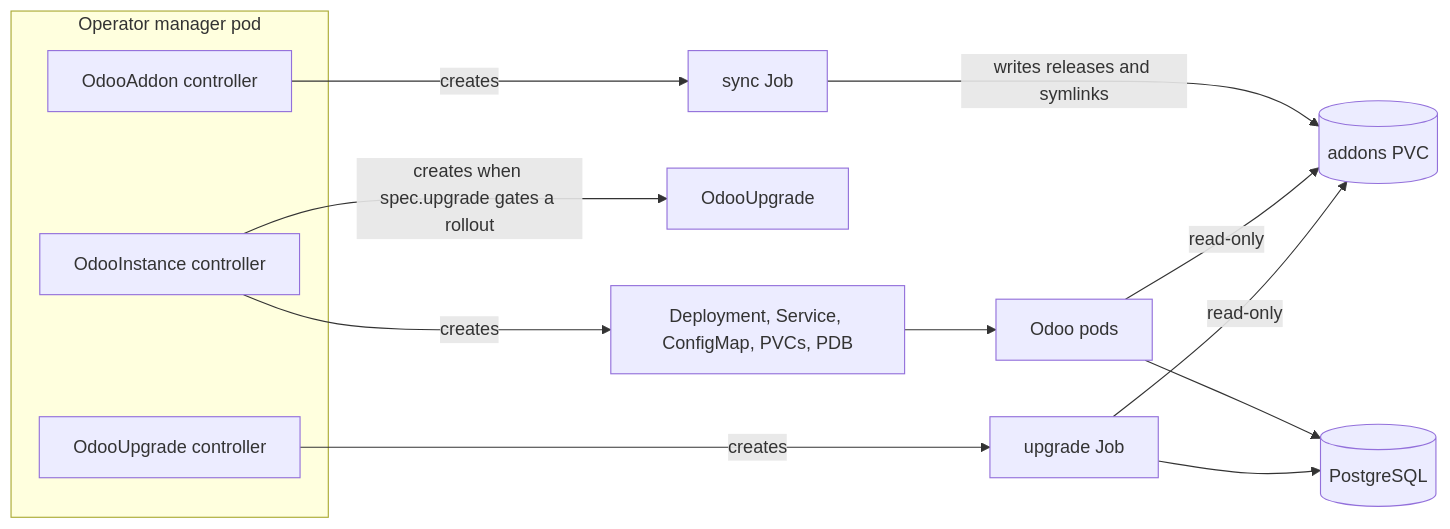
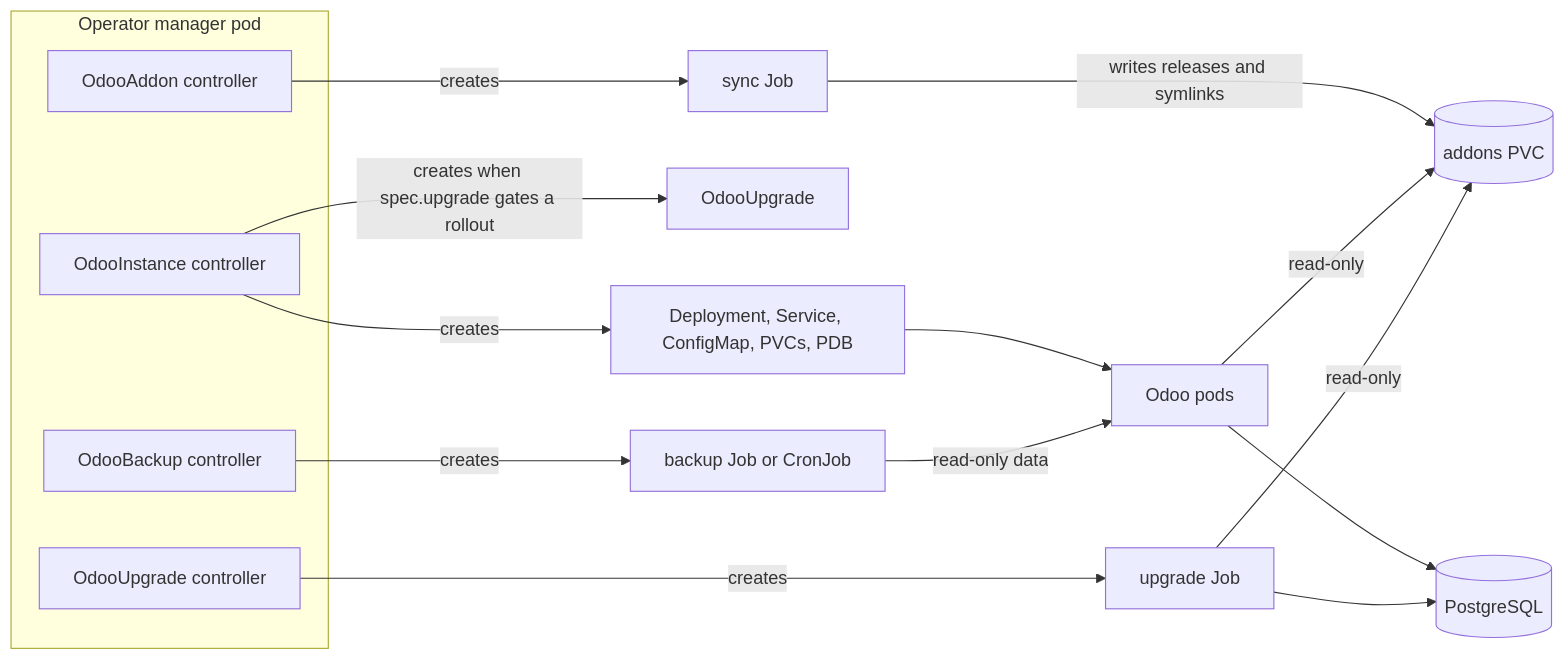
One commit to acarmisc/odoo-k8-operator changed the first of 3 diagrams in docs/architecture.md. Above: the diagram before and after it, drawn with Mermaid. The commit also changed other lines of this file and 25 other files, not shown here.

First line of the commit message:
feat: OdooBackup for PostgreSQL and filestore backups

````diff
--- a/docs/architecture.md
+++ b/docs/architecture.md
@@ -19,18 +20,21 @@
 ```mermaid
 flowchart LR
     subgraph mgr["Operator manager pod"]
         IC["OdooInstance controller"]
         AC["OdooAddon controller"]
         UC["OdooUpgrade controller"]
+        BC["OdooBackup controller"]
     end
     IC -->|"creates"| DEP["Deployment, Service, ConfigMap, PVCs, PDB"]
     IC -->|"creates when spec.upgrade gates a rollout"| UPG["OdooUpgrade"]
     AC -->|"creates"| SJ["sync Job"]
     UC -->|"creates"| UJ["upgrade Job"]
+    BC -->|"creates"| BJ["backup Job or CronJob"]
     SJ -->|"writes releases and symlinks"| ADDV[("addons PVC")]
     DEP --> PODS["Odoo pods"]
     PODS -->|"read-only"| ADDV
     UJ -->|"read-only"| ADDV
+    BJ -->|"read-only data"| PODS
     PODS --> PG[("PostgreSQL")]
     UJ --> PG
 ```
````
